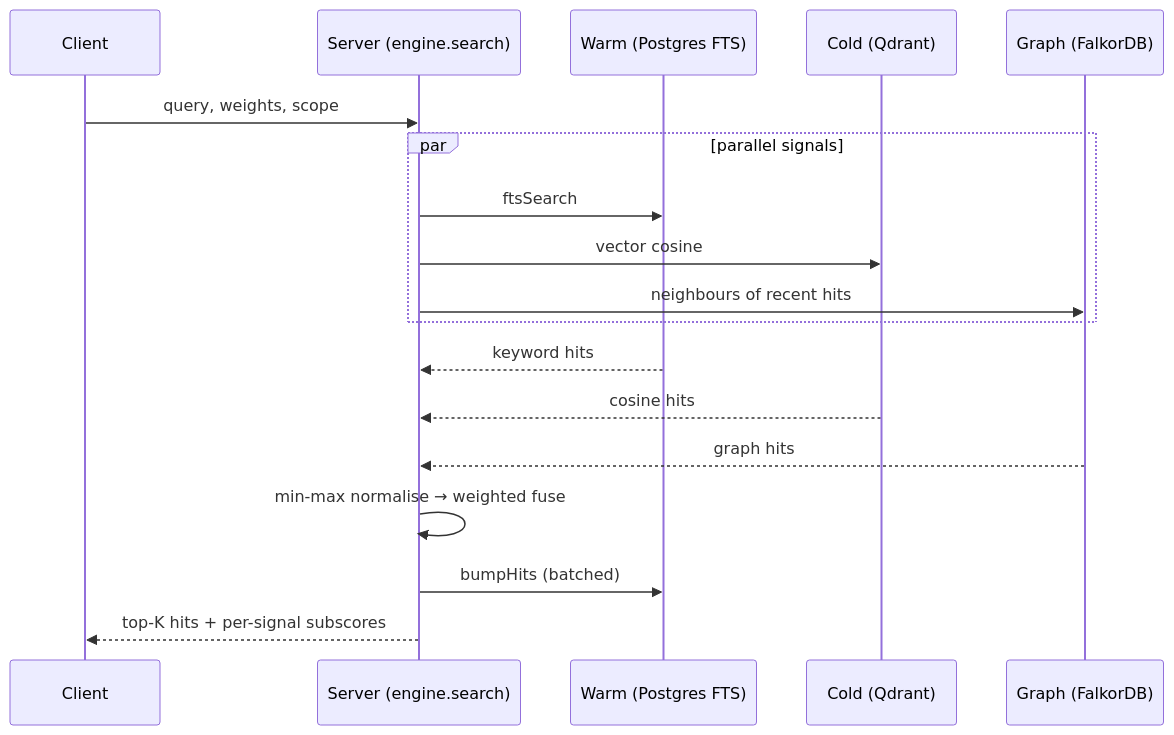
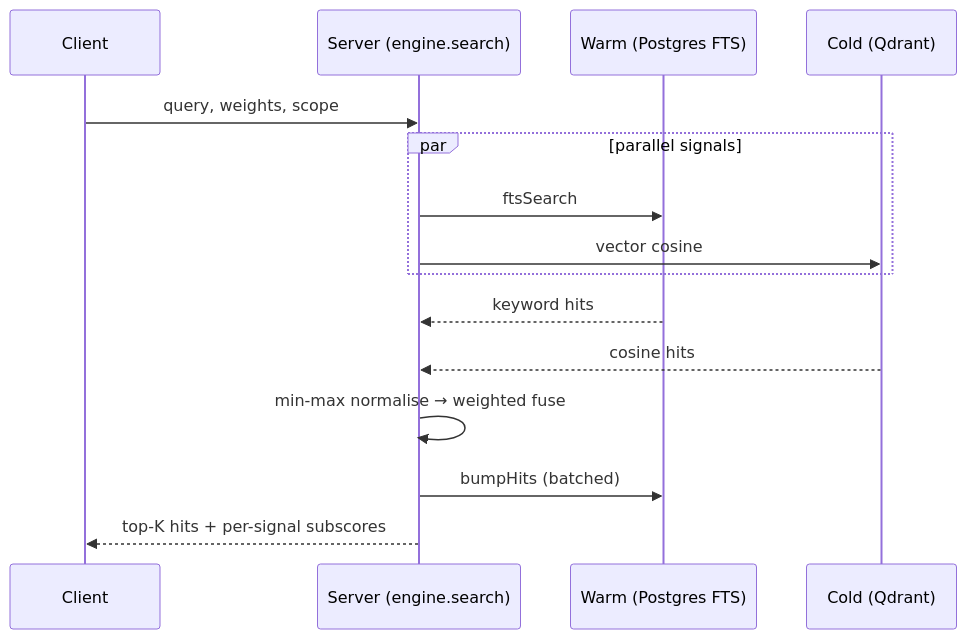
The second of 4 diagrams in packages/docs-site/architecture/system.md (azrtydxb/novamem), drawn with Mermaid before and after one commit. The commit also changed other lines of this file and 50 other files, not shown here.

````diff
--- a/packages/docs-site/architecture/system.md
+++ b/packages/docs-site/architecture/system.md
@@ -40,20 +40,17 @@
 ```mermaid
 sequenceDiagram
     participant C as Client
     participant S as Server (engine.search)
     participant W as Warm (Postgres FTS)
     participant K as Cold (Qdrant)
-    participant G as Graph (FalkorDB)
     C->>S: query, weights, scope
     par parallel signals
         S->>W: ftsSearch
         S->>K: vector cosine
-        S->>G: neighbours of recent hits
     end
     W-->>S: keyword hits
     K-->>S: cosine hits
-    G-->>S: graph hits
     S->>S: min-max normalise → weighted fuse
     S->>W: bumpHits (batched)
     S-->>C: top-K hits + per-signal subscores
 ```
````
